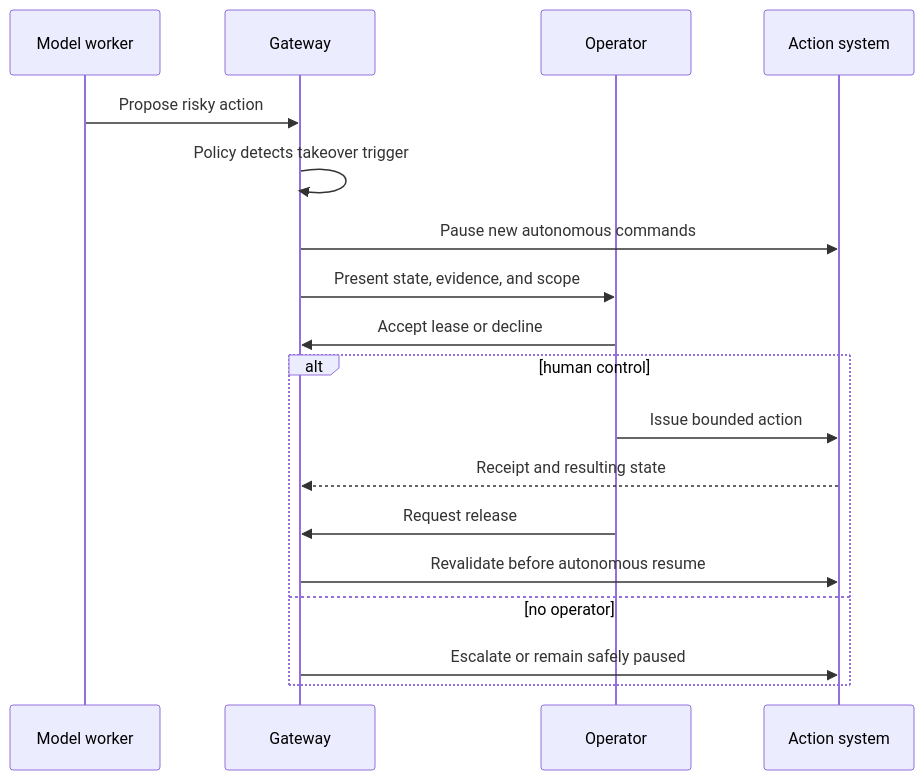
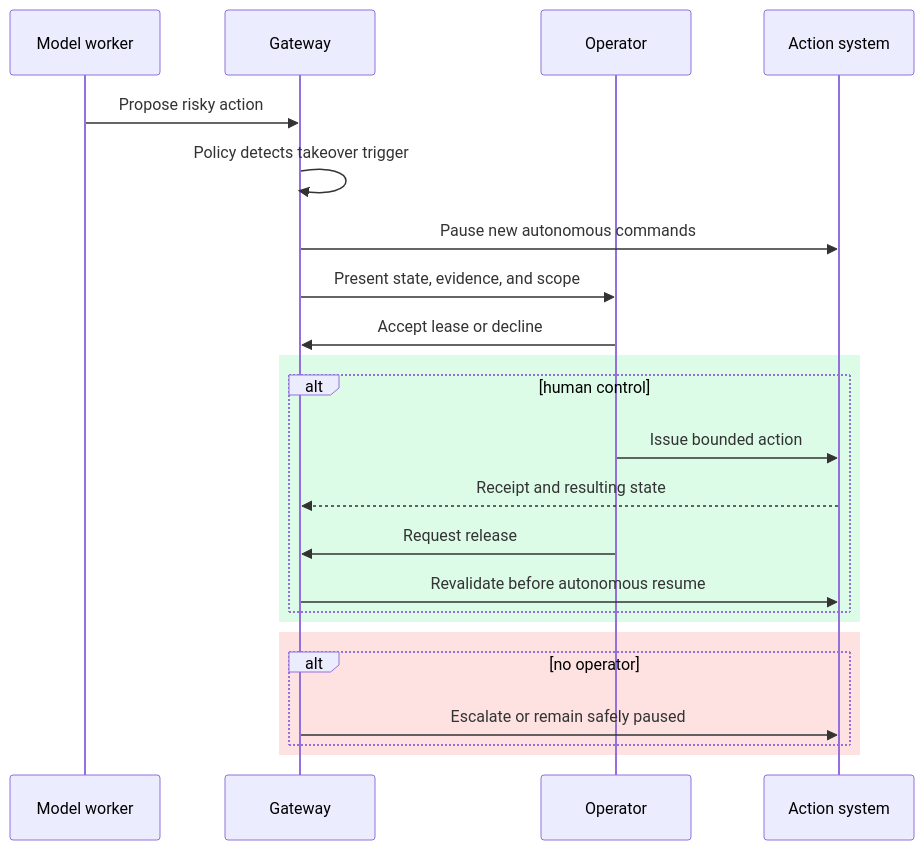
One commit to souradeepta/ai-monthly-concepts changed the second of 2 diagrams in months/2026-07/20-operator-takeover.md. Above: the diagram before and after it, drawn with Mermaid. The commit also changed other lines of this file and 21 other files, not shown here.

````diff
--- a/months/2026-07/20-operator-takeover.md
+++ b/months/2026-07/20-operator-takeover.md
@@ -69,20 +73,25 @@
 ```mermaid
 sequenceDiagram
   participant M as Model worker
   participant G as Gateway
   participant O as Operator
   participant A as Action system
   M->>G: Propose risky action
   G->>G: Policy detects takeover trigger
   G->>A: Pause new autonomous commands
   G->>O: Present state, evidence, and scope
   O->>G: Accept lease or decline
-  alt human control
-    O->>A: Issue bounded action
-    A-->>G: Receipt and resulting state
-    O->>G: Request release
-    G->>A: Revalidate before autonomous resume
-  else no operator
-    G->>A: Escalate or remain safely paused
+  rect rgb(220, 252, 231)
+    alt human control
+      O->>A: Issue bounded action
+      A-->>G: Receipt and resulting state
+      O->>G: Request release
+      G->>A: Revalidate before autonomous resume
+    end
+  end
+  rect rgb(254, 226, 226)
+    alt no operator
+      G->>A: Escalate or remain safely paused
+    end
   end
 ```
````
